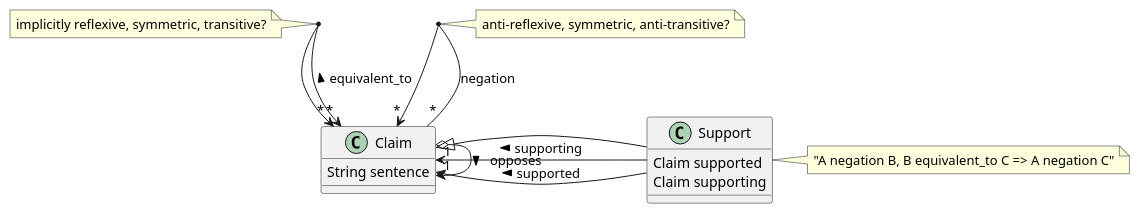
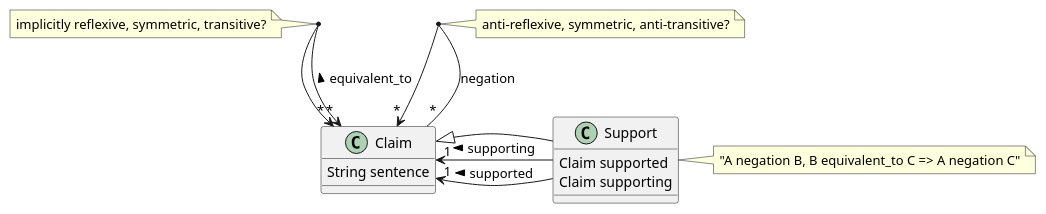
One commit to canonical-debate-lab/cd-domain-model changed the diagram in diagram/tim.puml. Above: the diagram before and after it, drawn with PlantUML. The commit also changed 2 other files, not shown here.

```diff
--- a/diagram/tim.puml
+++ b/diagram/tim.puml
@@ -1,40 +1,35 @@
 @startuml
 
 class Claim {
   String sentence
   ' String negation_sentence  (must be != sentence)
 }
 
 Claim "*" <-> "*" Claim : > equivalent_to
 note  "implicitly reflexive, symmetric, transitive?" as N2
 (Claim, Claim) . N2
 
 '(Claim, Claim) . ClaimEquivalence
 'ClaimEquivalenceClass o-> "*" Claim
 
 'ClaimEquivalence "*" -> "*" ClaimEquivalence : > negation
 
 Claim "*" -> "*" Claim : > negation
 note  "anti-reflexive, symmetric, anti-transitive?" as N1
 (Claim, Claim) .. N1
 
 'Claim o-> Claim : > supports
 
 class Support {
   Claim supported
   Claim supporting
 }
 note right: "A negation B, B equivalent_to C => A negation C"
 
 Claim "1" <- Support: < supported 
 Claim "1" <- Support: < supporting
 
 Claim <|-- Support
 
-Claim o-> Claim : > opposes
-' (Claim, Claim) .. N4
-
-
-
 
 @enduml
```
